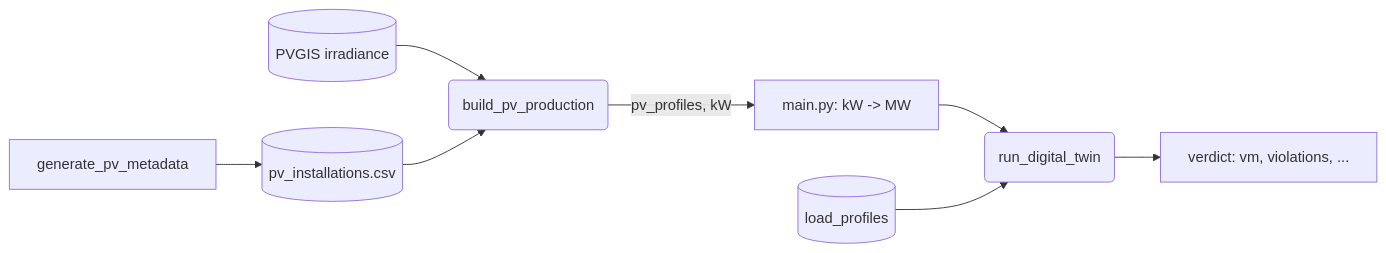
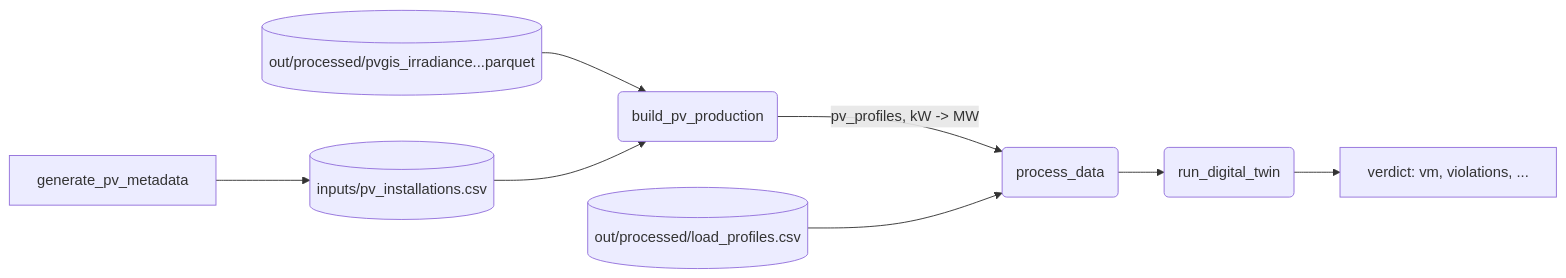
One commit to MAS4TE/digital_twin changed the diagram in docs/pv_modelling.md. Above: the diagram before and after it, drawn with Mermaid. The commit also changed other lines of this file and 31 other files, not shown here.

````diff
--- a/docs/pv_modelling.md
+++ b/docs/pv_modelling.md
@@ -16,10 +16,10 @@
 ```{mermaid}
 flowchart LR
-    M[generate_pv_metadata] --> C[(pv_installations.csv)]
-    A[(PVGIS irradiance)] --> P(build_pv_production)
+    M[generate_pv_metadata] --> C[(inputs/pv_installations.csv)]
+    A[(out/processed/pvgis_irradiance...parquet)] --> P(build_pv_production)
     C --> P
-    P -->|pv_profiles, kW| K[main.py: kW -> MW]
-    K --> T(run_digital_twin)
-    L[(load_profiles)] --> T
+    P -->|pv_profiles, kW -> MW| D(process_data)
+    D --> T(run_digital_twin)
+    L[(out/processed/load_profiles.csv)] --> D
     T --> R[verdict: vm, violations, ...]
 ```
````
